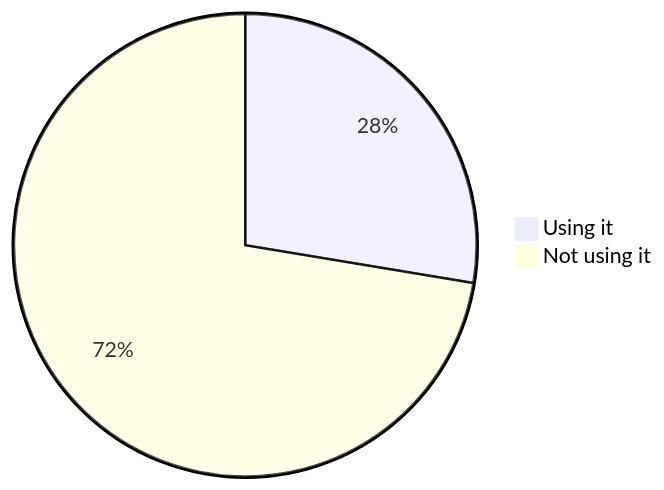
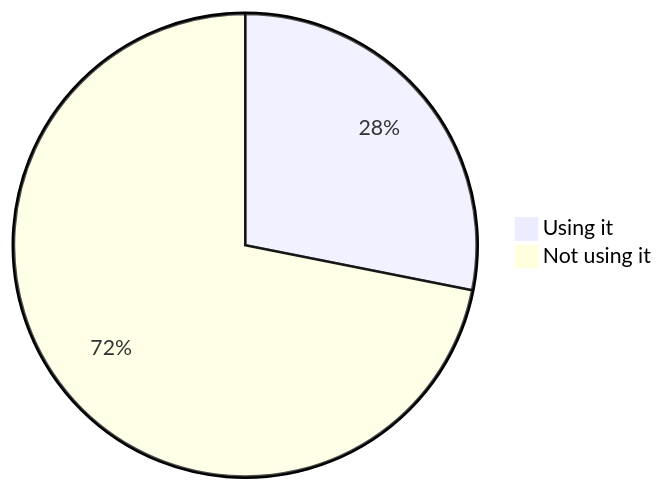
One commit to oshp/oshp-stats changed diagram 14 of 22 in stats.md. Above: the diagram before and after it, drawn with Mermaid. The commit also changed other lines of this file, not shown here.

````diff
--- a/stats.md
+++ b/stats.md
@@ -166,6 +166,6 @@
 ```mermaid
 pie
-	"Using it" : 27.61
-	"Not using it" : 72.39
+	"Using it" : 28.12
+	"Not using it" : 71.88
 
 ```
````
